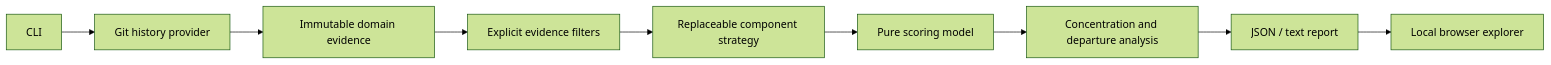
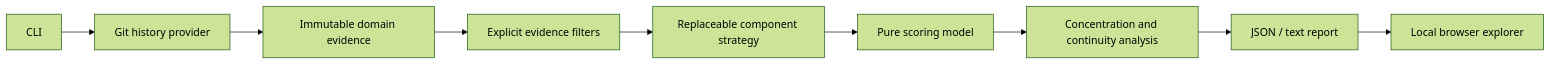
One commit to engineering-continuity-labs/engineering-continuity-lab changed the second of 2 diagrams in README.md. Above: the diagram before and after it, drawn with Mermaid (forest theme). The commit also changed other lines of this file and 2 other files, not shown here.

Commit message:
fix: align Pages validation and continuity terminology

````diff
--- a/README.md
+++ b/README.md
@@ -107,11 +107,11 @@
 ```mermaid
 flowchart LR
     CLI[CLI] --> Git[Git history provider]
     Git --> Domain[Immutable domain evidence]
     Domain --> Filters[Explicit evidence filters]
     Filters --> Components[Replaceable component strategy]
     Components --> Scoring[Pure scoring model]
-    Scoring --> Analysis[Concentration and departure analysis]
+    Scoring --> Analysis[Concentration and continuity analysis]
     Analysis --> JSON[JSON / text report]
     JSON --> Explorer[Local browser explorer]
 ```
````
